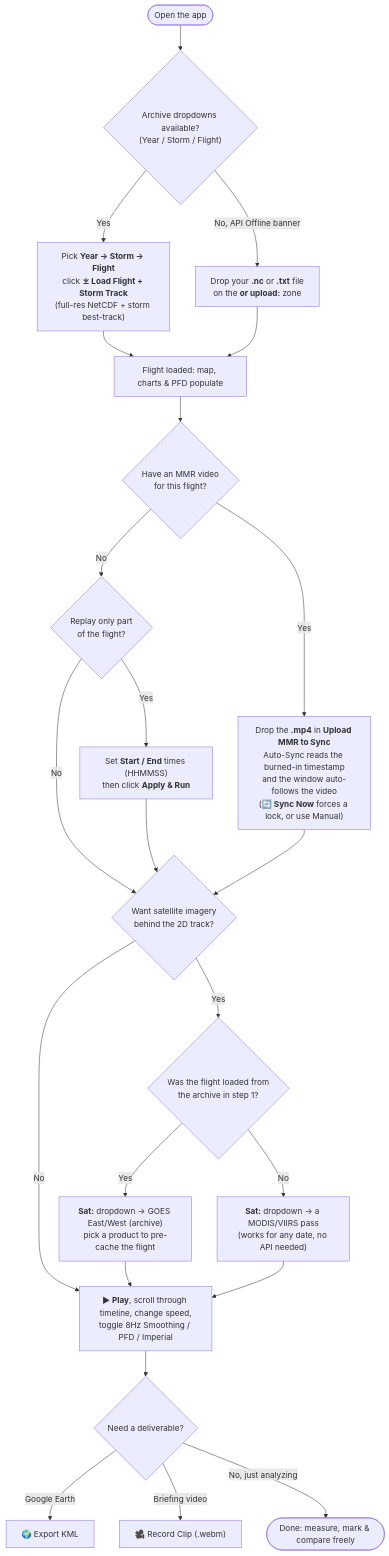
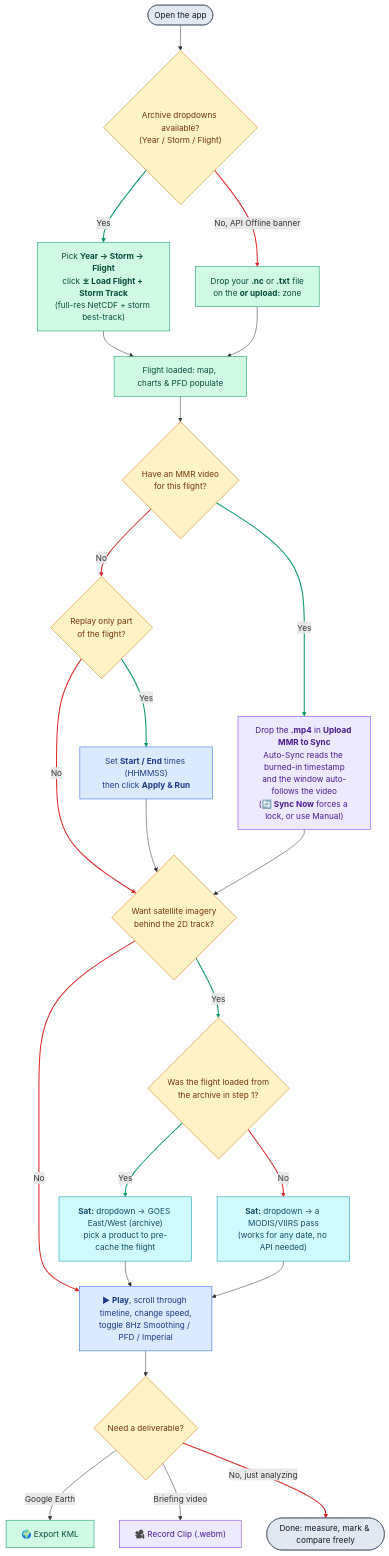
The diagram in README.md (diegoxb07/AOCVisualizer), drawn with Mermaid before and after one commit.

Commit message:
README Colors

````diff
--- a/README.md
+++ b/README.md
@@ -27,25 +17,41 @@
 ```mermaid
 flowchart TD
     START(["Open the app"]) --> ARCHIVE{"Archive dropdowns available?<br>(Year / Storm / Flight)"}
     ARCHIVE -- "Yes" --> LOADARC["Pick <b>Year → Storm → Flight</b><br>click <b>⤓ Load Flight + Storm Track</b><br>(full-res NetCDF + storm best-track)"]
     ARCHIVE -- "No, API Offline banner" --> UPLOAD["Drop your <b>.nc</b> or <b>.txt</b> file<br>on the <b>or upload:</b> zone"]
     LOADARC --> LOADED["Flight loaded: map, charts & PFD populate"]
     UPLOAD --> LOADED
     LOADED --> MMR{"Have an MMR video<br>for this flight?"}
     MMR -- "Yes" --> VIDEO["Drop the <b>.mp4</b> in <b>Upload MMR to Sync</b><br>Auto-Sync reads the burned-in timestamp<br>and the window auto-follows the video<br>(<b>🔄 Sync Now</b> forces a lock, or use Manual)"]
     MMR -- "No" --> WINDOW{"Replay only part<br>of the flight?"}
     WINDOW -- "Yes" --> TRIM["Set <b>Start / End</b> times (HHMMSS)<br>then click <b>Apply & Run</b>"]
     WINDOW -- "No" --> SAT{"Want satellite imagery<br>behind the 2D track?"}
     TRIM --> SAT
     VIDEO --> SAT
     SAT -- "Yes" --> FROMARC{"Was the flight loaded from<br>the archive in step 1?"}
     FROMARC -- "Yes" --> SATGOES["<b>Sat:</b> dropdown → GOES East/West (archive)<br>pick a product to pre-cache the flight"]
     FROMARC -- "No" --> SATPOLAR["<b>Sat:</b> dropdown → a MODIS/VIIRS pass<br>(works for any date, no API needed)"]
     SAT -- "No" --> PLAY["<b>▶ Play</b>, scroll through timeline, change speed,<br>toggle 8Hz Smoothing / PFD / Imperial"]
     SATGOES --> PLAY
     SATPOLAR --> PLAY
     PLAY --> EXPORT{"Need a deliverable?"}
     EXPORT -- "Google Earth" --> KML["🌍 Export KML"]
     EXPORT -- "Briefing video" --> CLIP["🎥 Record Clip (.webm)"]
     EXPORT -- "No, just analyzing" --> DONE(["Done: measure, mark & compare freely"])
+
+    classDef decision fill:#fef3c7,stroke:#d97706,color:#78350f
+    classDef data fill:#d1fae5,stroke:#059669,color:#064e3b
+    classDef mmr fill:#ede9fe,stroke:#7c3aed,color:#4c1d95
+    classDef sat fill:#cffafe,stroke:#0891b2,color:#164e63
+    classDef playback fill:#dbeafe,stroke:#2563eb,color:#1e3a8a
+    classDef term fill:#e2e8f0,stroke:#475569,color:#0f172a
+    class ARCHIVE,MMR,WINDOW,SAT,FROMARC,EXPORT decision
+    class LOADARC,UPLOAD,LOADED,KML data
+    class VIDEO,CLIP mmr
+    class SATGOES,SATPOLAR sat
+    class TRIM,PLAY playback
+    class START,DONE term
+    %% linkStyle numbers = edge definition order above; update them if edges are added or reordered
+    linkStyle 1,6,8,12,13 stroke:#059669,stroke-width:2px
+    linkStyle 2,7,9,14,15,21 stroke:#dc2626,stroke-width:2px
 ```
````
